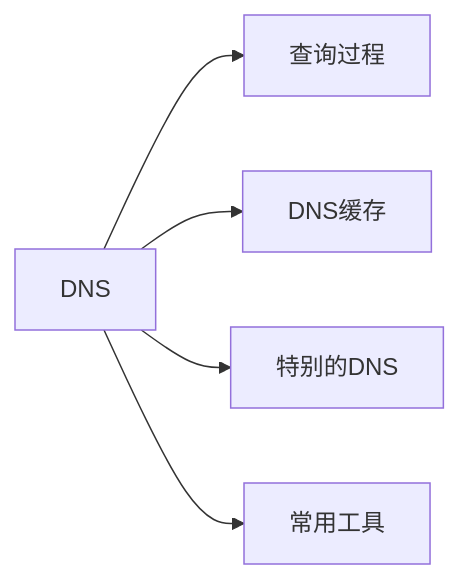
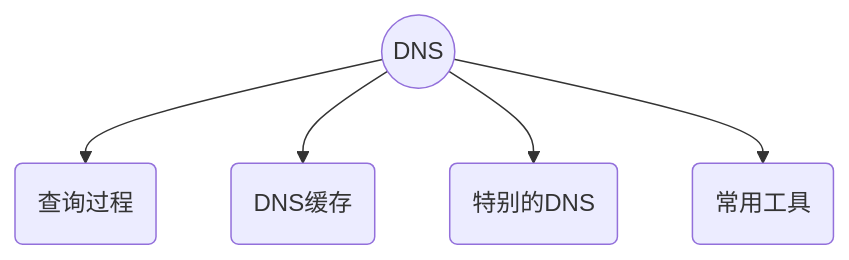
Before and after one commit to esmyy/esmyy.github.io: the first of 3 diagrams in docs/51-network/01-protocol/02-dns.md, drawn with Mermaid. The commit also changed other lines of this file and 15 other files, not shown here.

````diff
--- a/docs/51-network/01-protocol/02-dns.md
+++ b/docs/51-network/01-protocol/02-dns.md
@@ -5,7 +5,7 @@
 ```mermaid
-  flowchart LR
-  DNS --> 查询过程
-  DNS --> DNS缓存
-  DNS --> 特别的DNS
-  DNS --> 常用工具
+  flowchart
+  DNS((DNS)) --> 查询过程(查询过程)
+  DNS --> DNS缓存(DNS缓存)
+  DNS --> 特别的DNS(特别的DNS)
+  DNS --> 常用工具(常用工具)
 ```
````
